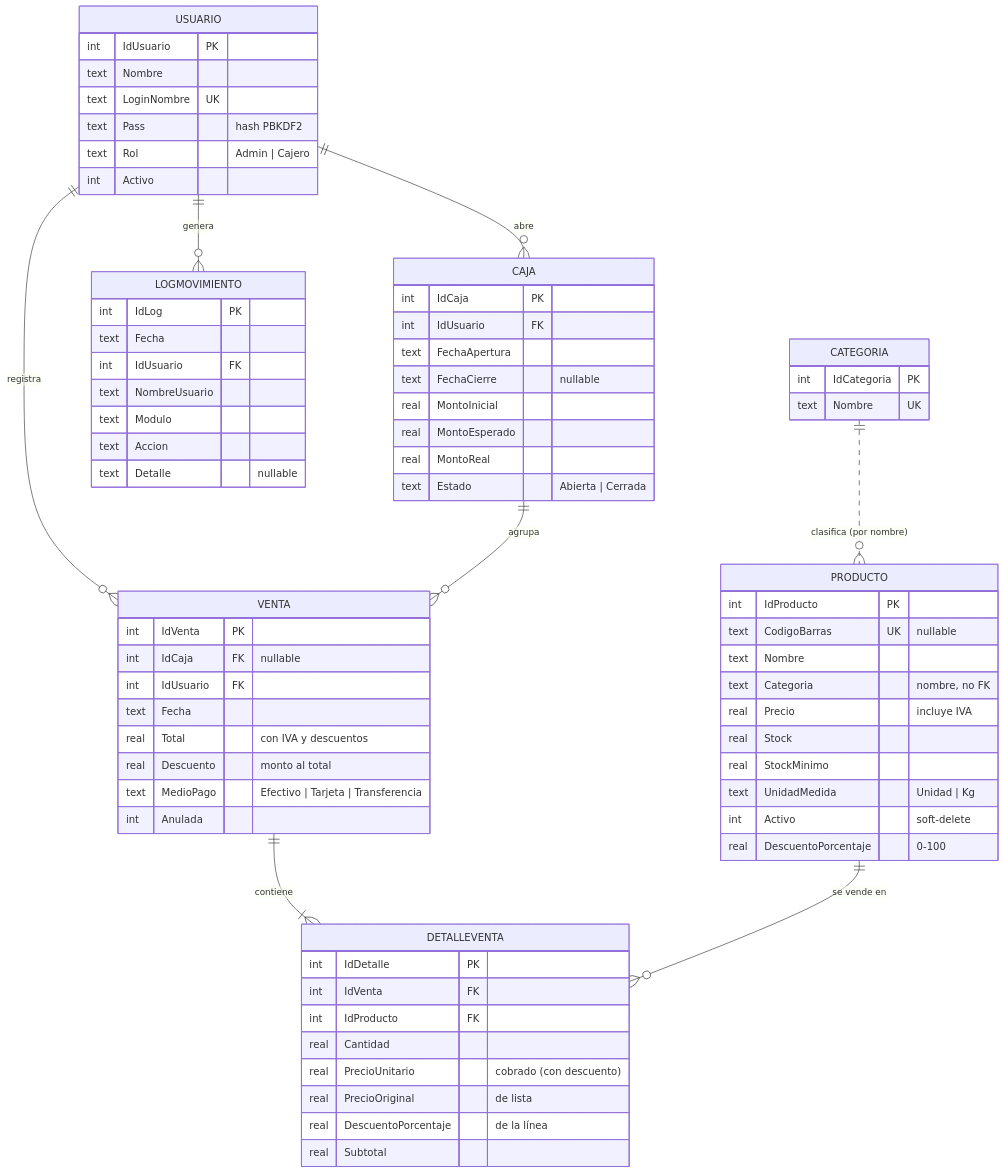
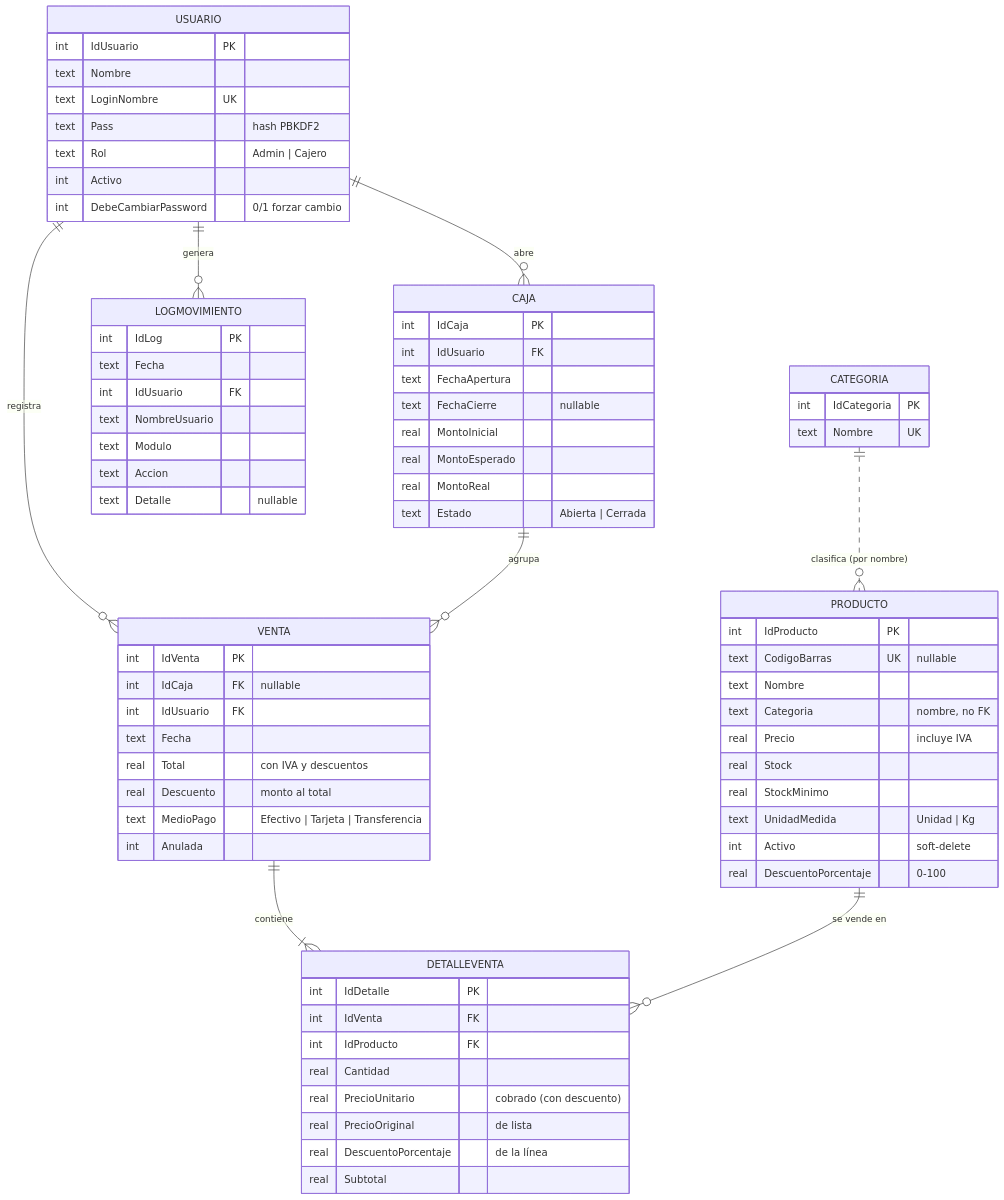
The diagram in docs/MODELO-DATOS.md (crisKstre/PosMaqueta), drawn with Mermaid before and after one commit. The commit also changed other lines of this file and 16 other files, not shown here.

````diff
--- a/docs/MODELO-DATOS.md
+++ b/docs/MODELO-DATOS.md
@@ -13,74 +13,75 @@
 ```mermaid
 erDiagram
     USUARIO ||--o{ CAJA : abre
     USUARIO ||--o{ VENTA : registra
     USUARIO ||--o{ LOGMOVIMIENTO : genera
     CAJA ||--o{ VENTA : agrupa
     VENTA ||--|{ DETALLEVENTA : contiene
     PRODUCTO ||--o{ DETALLEVENTA : "se vende en"
     CATEGORIA ||..o{ PRODUCTO : "clasifica (por nombre)"
 
     USUARIO {
         int IdUsuario PK
         text Nombre
         text LoginNombre UK
         text Pass "hash PBKDF2"
         text Rol "Admin | Cajero"
         int Activo
+        int DebeCambiarPassword "0/1 forzar cambio"
     }
     CATEGORIA {
         int IdCategoria PK
         text Nombre UK
     }
     PRODUCTO {
         int IdProducto PK
         text CodigoBarras UK "nullable"
         text Nombre
         text Categoria "nombre, no FK"
         real Precio "incluye IVA"
         real Stock
         real StockMinimo
         text UnidadMedida "Unidad | Kg"
         int Activo "soft-delete"
         real DescuentoPorcentaje "0-100"
     }
     CAJA {
         int IdCaja PK
         int IdUsuario FK
         text FechaApertura
         text FechaCierre "nullable"
         real MontoInicial
         real MontoEsperado
         real MontoReal
         text Estado "Abierta | Cerrada"
     }
     VENTA {
         int IdVenta PK
         int IdCaja FK "nullable"
         int IdUsuario FK
         text Fecha
         real Total "con IVA y descuentos"
         real Descuento "monto al total"
         text MedioPago "Efectivo | Tarjeta | Transferencia"
         int Anulada
     }
     DETALLEVENTA {
         int IdDetalle PK
         int IdVenta FK
         int IdProducto FK
         real Cantidad
         real PrecioUnitario "cobrado (con descuento)"
         real PrecioOriginal "de lista"
         real DescuentoPorcentaje "de la línea"
         real Subtotal
     }
     LOGMOVIMIENTO {
         int IdLog PK
         text Fecha
         int IdUsuario FK
         text NombreUsuario
         text Modulo
         text Accion
         text Detalle "nullable"
     }
 ```
````
